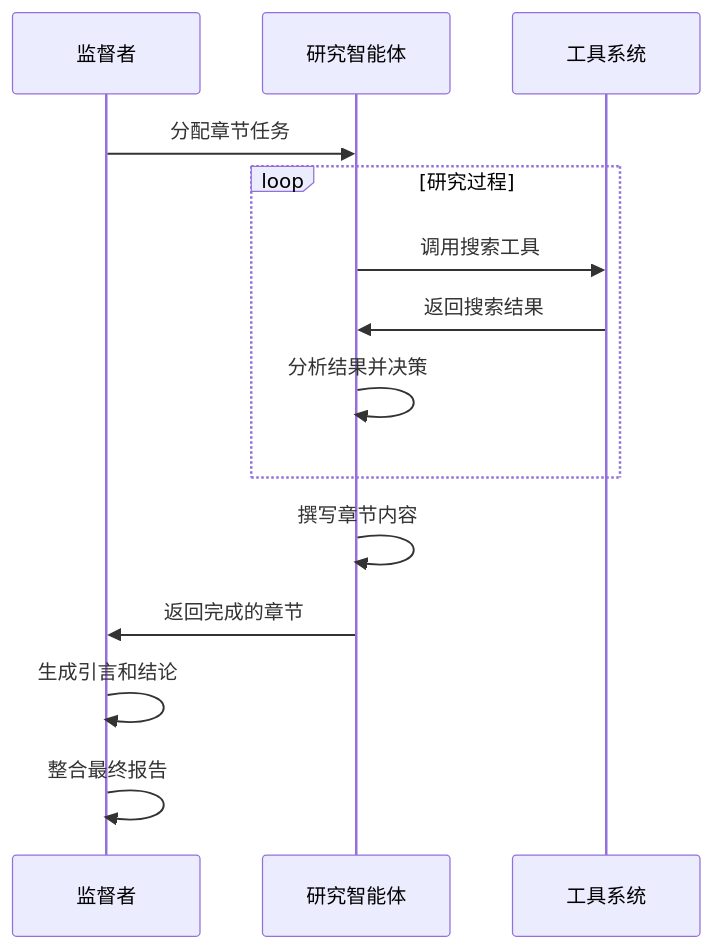
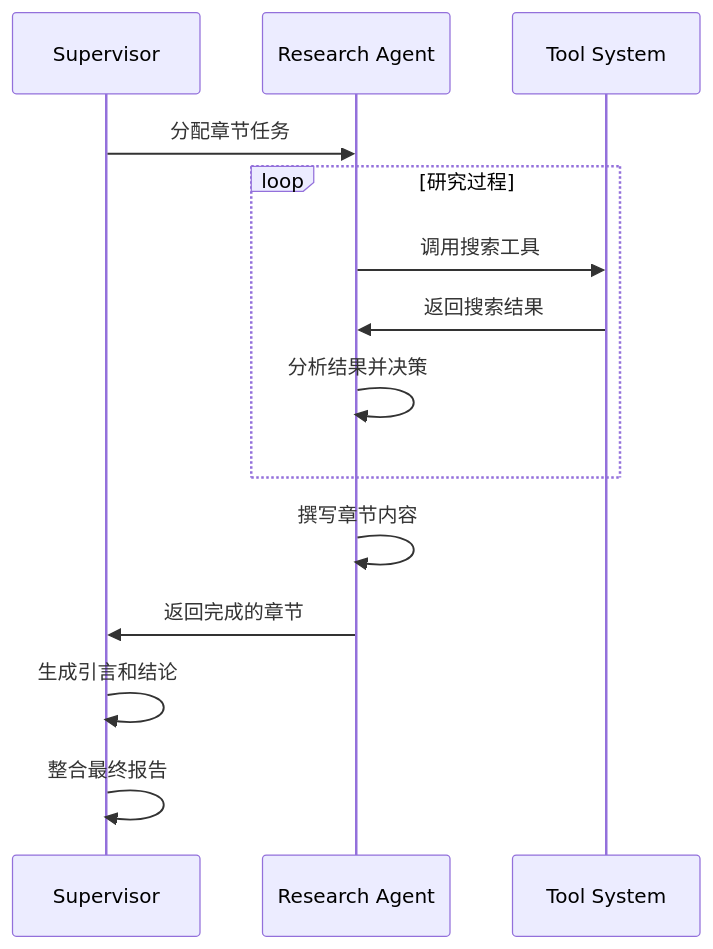
One commit to fankaidev/deep-research-agents changed the fourth of 4 diagrams in open_deep_research.md. Above: the diagram before and after it, drawn with Mermaid. The commit also changed other lines of this file, not shown here.

````diff
--- a/open_deep_research.md
+++ b/open_deep_research.md
@@ -213,17 +159,17 @@
 ```mermaid
 sequenceDiagram
-    participant S as 监督者
-    participant R as 研究智能体
-    participant T as 工具系统
+    participant S as Supervisor
+    participant R as Research Agent
+    participant T as Tool System
 
     S->>R: 分配章节任务
     loop 研究过程
         R->>T: 调用搜索工具
         T->>R: 返回搜索结果
         R->>R: 分析结果并决策
     end
     R->>R: 撰写章节内容
     R->>S: 返回完成的章节
     S->>S: 生成引言和结论
     S->>S: 整合最终报告
 ```
````
